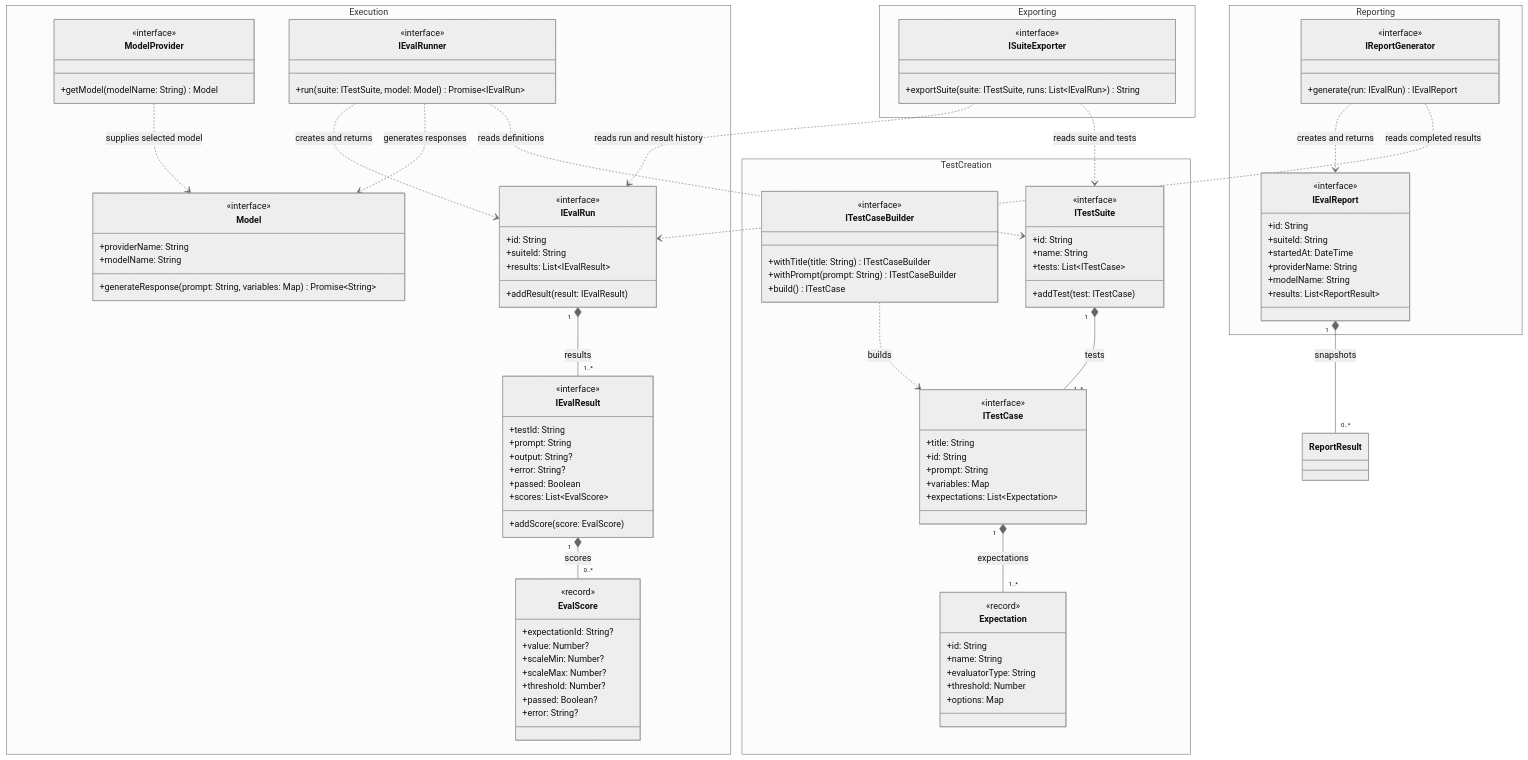
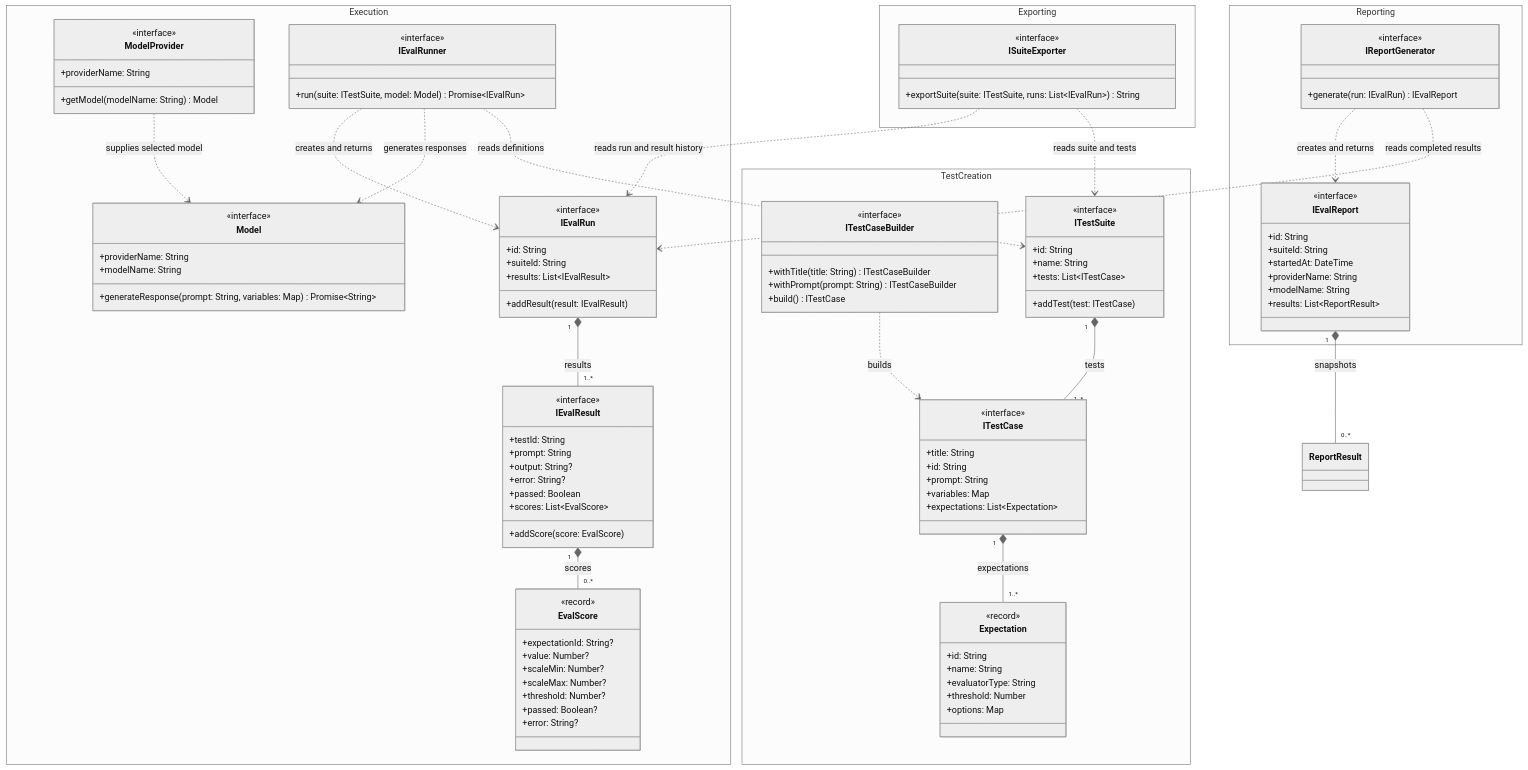
Before and after one commit to LucaPigo/smartest-ai-testbook: the first of 4 diagrams in doc/domain-design.md, drawn with Mermaid (neutral theme). The commit also changed other lines of this file and 32 other files, not shown here.

First line of the commit message:
Add mock AI services for offline flow validation

```diff
--- a/doc/domain-design.md
+++ b/doc/domain-design.md
@@ -54,6 +54,7 @@
     namespace Execution {
         class ModelProvider {
             <<interface>>
+            +providerName: String
             +getModel(modelName: String) Model
         }
         class Model {
```
